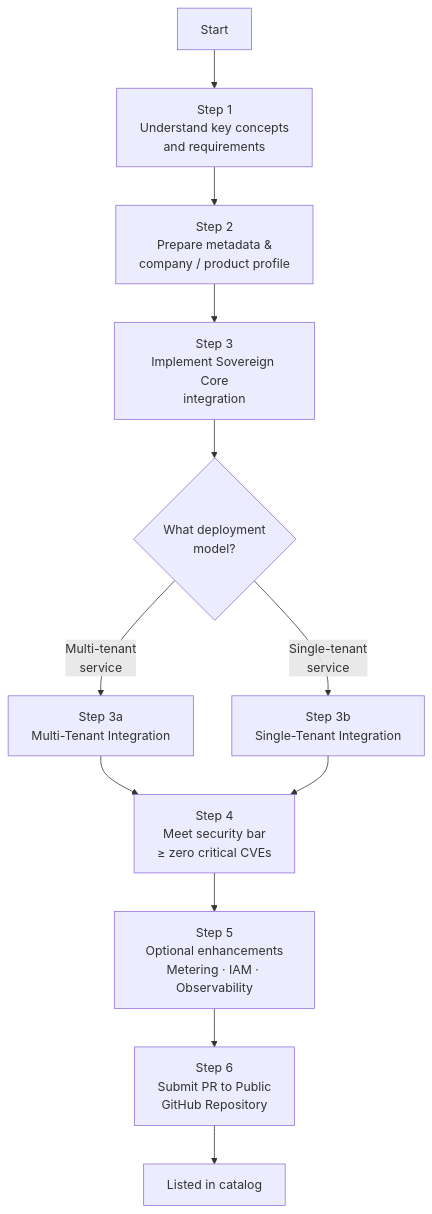
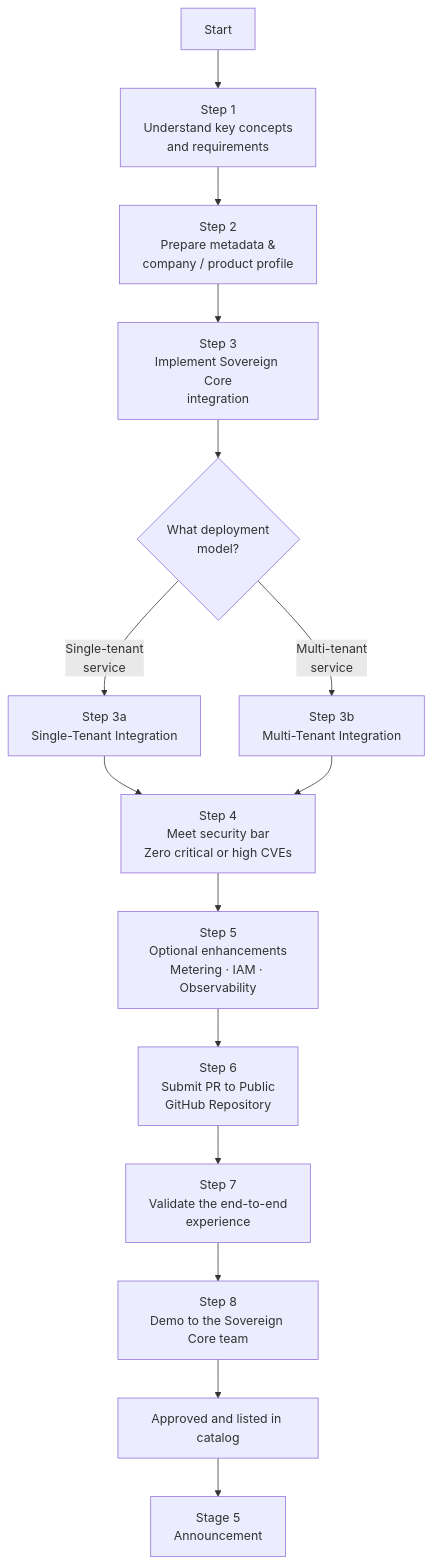
Before and after one commit to IBM/sovereign-core-catalog: the second of 6 diagrams in docs/catalog-onboarding-guide.md, drawn with Mermaid. The commit also changed other lines of this file, not shown here.

First line of the commit message:
Add Step 8 demo and Stage 5 announcement to onboarding guide

````diff
--- a/docs/catalog-onboarding-guide.md
+++ b/docs/catalog-onboarding-guide.md
@@ -240,14 +247,17 @@
 ```mermaid
 flowchart TD
     A[Start] --> B[Step 1<br/>Understand key concepts<br/>and requirements]
     B --> C[Step 2<br/>Prepare metadata &<br/>company / product profile]
     C --> D[Step 3<br/>Implement Sovereign Core<br/>integration]
     D --> E{What deployment<br/>model?}
-    E -- "Multi-tenant<br/>service" --> F[Step 3a<br/>Multi-Tenant Integration]
-    E -- "Single-tenant<br/>service" --> G[Step 3b<br/>Single-Tenant Integration]
-    F --> H[Step 4<br/>Meet security bar<br/>≥ zero critical CVEs]
+    E -- "Single-tenant<br/>service" --> F[Step 3a<br/>Single-Tenant Integration]
+    E -- "Multi-tenant<br/>service" --> G[Step 3b<br/>Multi-Tenant Integration]
+    F --> H[Step 4<br/>Meet security bar<br/>Zero critical or high CVEs]
     G --> H
     H --> I[Step 5<br/>Optional enhancements<br/>Metering · IAM · Observability]
     I --> J[Step 6<br/>Submit PR to Public<br/>GitHub Repository]
-    J --> K[Listed in catalog]
+    J --> K[Step 7<br/>Validate the end-to-end<br/>experience]
+    K --> L[Step 8<br/>Demo to the Sovereign Core team]
+    L --> M[Approved and listed in catalog]
+    M --> N[Stage 5<br/>Announcement]
 ```
````
